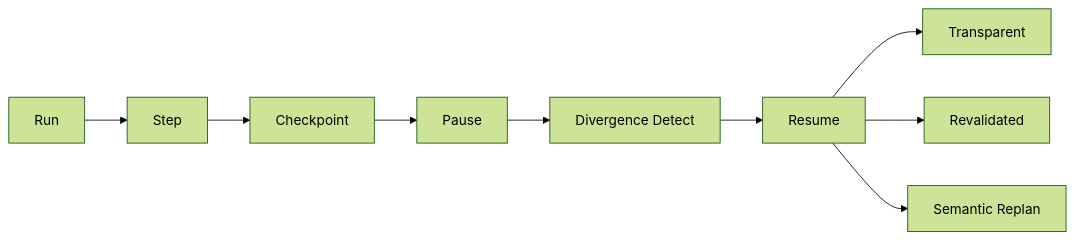
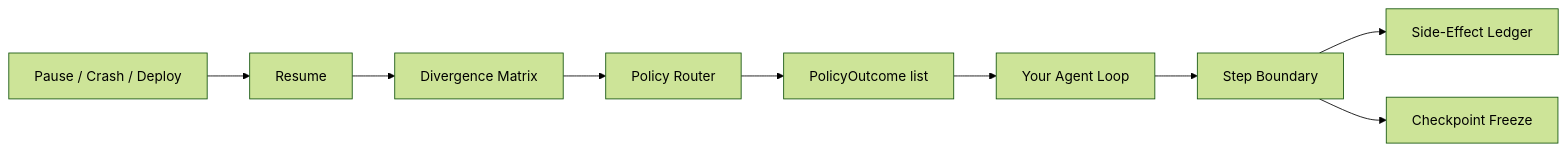
Before and after one commit to rockybalboan19/SemanticRun: the diagram in README.md, drawn with Mermaid (forest theme). The commit also changed other lines of this file and 30 other files, not shown here.

````diff
--- a/README.md
+++ b/README.md
@@ -129,11 +81,11 @@
 ```mermaid
 flowchart LR
-    Run[Run] --> Step[Step]
-    Step --> Checkpoint[Checkpoint]
-    Checkpoint --> Pause[Pause]
-    Pause --> Divergence[Divergence Detect]
-    Divergence --> Resume[Resume]
-    Resume --> Transparent[Transparent]
-    Resume --> Revalidated[Revalidated]
-    Resume --> Replan[Semantic Replan]
+    Agent[Your Agent Loop] --> Step[Step Boundary]
+    Step --> Ledger[Side-Effect Ledger]
+    Step --> Checkpoint[Checkpoint Freeze]
+    Pause[Pause / Crash / Deploy] --> Resume[Resume]
+    Resume --> Matrix[Divergence Matrix]
+    Matrix --> Router[Policy Router]
+    Router --> Outcomes[PolicyOutcome list]
+    Outcomes --> Agent
 ```
````
